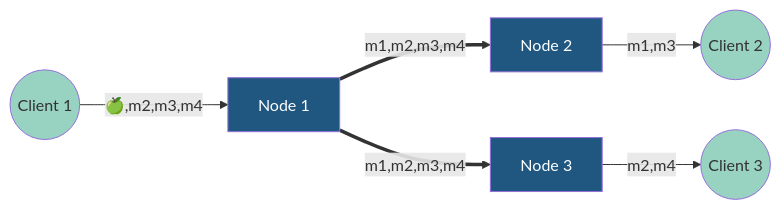
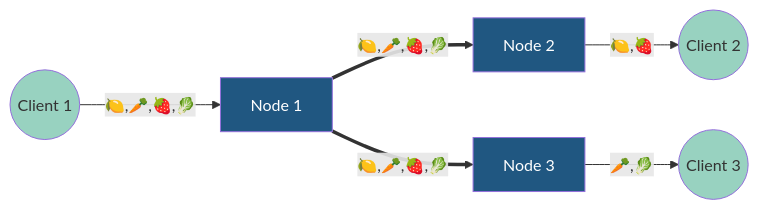
One commit to niklas-enns/message-broker changed the third of 3 diagrams in README.md. Above: the diagram before and after it, drawn with Mermaid.

Commit message:
reformat table

````diff
--- a/README.md
+++ b/README.md
@@ -110,16 +110,16 @@
 ```mermaid
 graph LR;
-    N1[Node 1]==>|m1,m2,m3,m4|N2[Node 2]
-    N1==>|m1,m2,m3,m4|N3[Node 3]
+    N1[Node 1]==>|🍋,🥕,🍓,🥬|N2[Node 2]
+    N1==>|🍋,🥕,🍓,🥬|N3[Node 3]
     
-    C1((Client 1))-->|🍏,m2,m3,m4|N1;
-    N2-->|m1,m3|C2((Client 2));
-    N3-->|m2,m4|C3((Client 3));
+    C1((Client 1))-->|🍋,🥕,🍓,🥬|N1;
+    N2-->|🍋,🍓|C2((Client 2));
+    N3-->|🥕,🥬|C3((Client 3));
     
     classDef c1 fill:#205781,color:white;
     classDef c2 fill:#4F959D,color:white;
     classDef c3 fill:#98D2C0;
     classDef c4 fill:#F6F8D5;
     class N1,N2,N3 c1
     class C1,C2,C3,C4 c3
 ```
````
